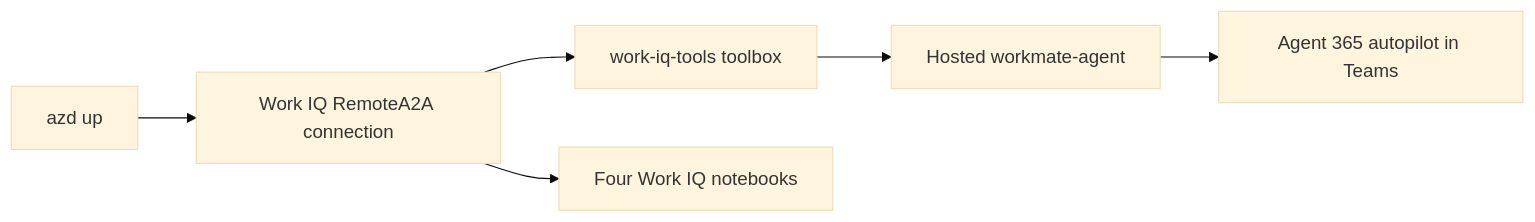
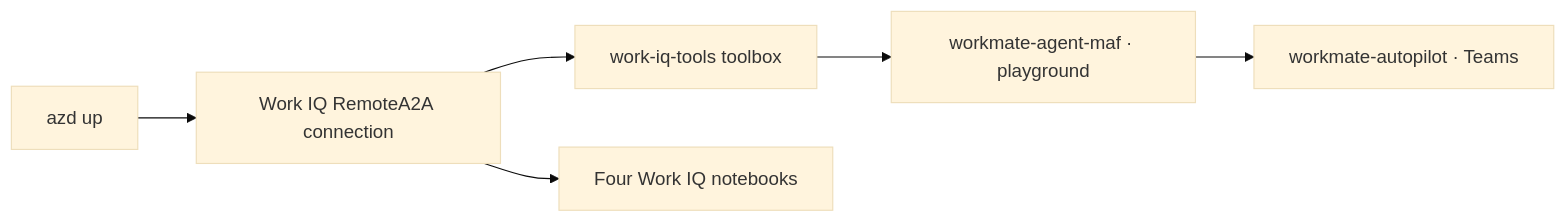
Before and after one commit to aycabas/iqdeepdive-workiq: the diagram in README.md, drawn with Mermaid (base theme). The commit also changed other lines of this file and 23 other files, not shown here.

First line of the commit message:
Rename agent folders: workmate-agent-maf and workmate-autopilot

````diff
--- a/README.md
+++ b/README.md
@@ -21,8 +22,8 @@
 ```mermaid
 flowchart LR
   azd[azd up] --> conn[Work IQ RemoteA2A connection]
   conn --> toolbox[work-iq-tools toolbox]
-  toolbox --> agent[Hosted workmate-agent]
+  toolbox --> agent[workmate-agent-maf · playground]
   conn --> notebooks[Four Work IQ notebooks]
-  agent --> teams[Agent 365 autopilot in Teams]
+  agent --> teams[workmate-autopilot · Teams]
 ```
````
